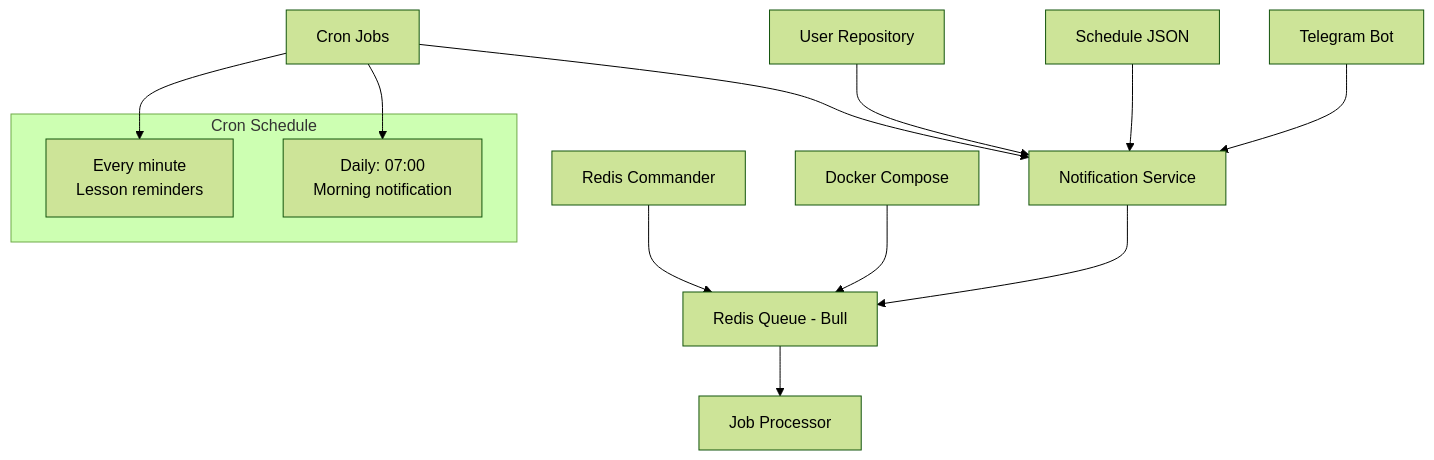
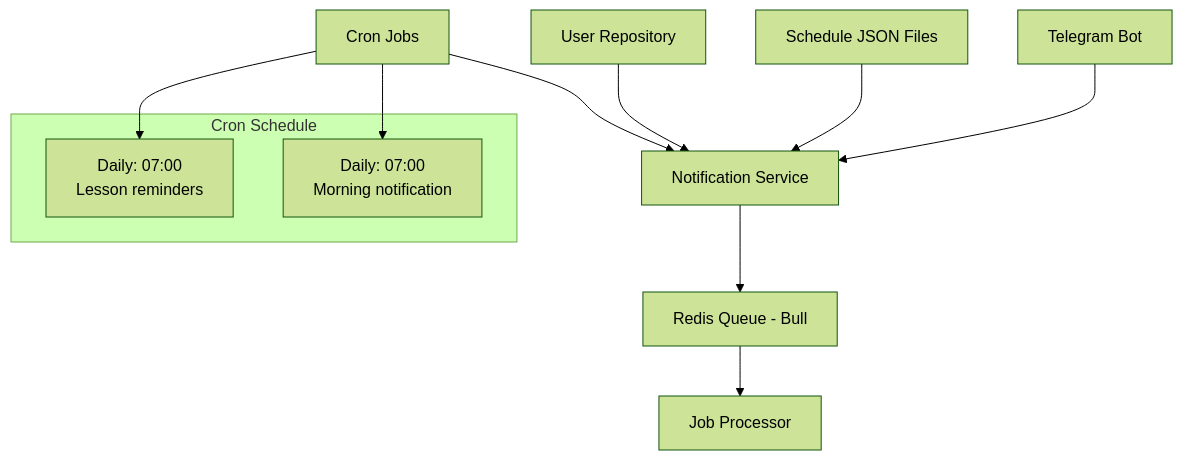
The diagram in README.md (vadimvalov/kaznu-lighthouse), drawn with Mermaid (forest theme) before and after one commit. The commit also changed other lines of this file and 5 other files, not shown here.

````diff
--- a/README.md
+++ b/README.md
@@ -111,21 +82,18 @@
 ```mermaid
 graph TB
     A[Telegram Bot] --> B[Notification Service]
     B --> C[Redis Queue - Bull]
     C --> D[Job Processor]
 
     E[Cron Jobs] --> B
-    F[Schedule JSON] --> B
+    F[Schedule JSON Files] --> B
     G[User Repository] --> B
-
-    H[Redis Commander] --> C
-    I[Docker Compose] --> C
 
     subgraph "Cron Schedule"
         J["Daily: 07:00<br/>Morning notification"]
-        K["Every minute<br/>Lesson reminders"]
+        K["Daily: 07:00<br/>Lesson reminders"]
     end
 
     E --> J
     E --> K
 ```
````
